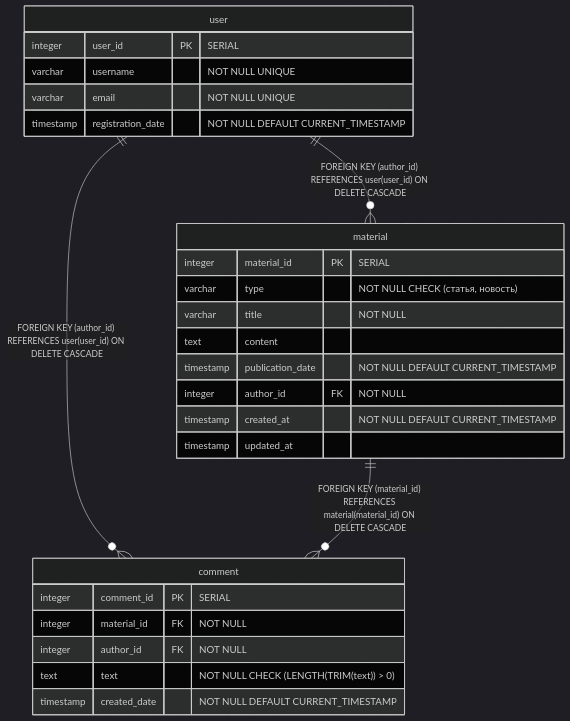
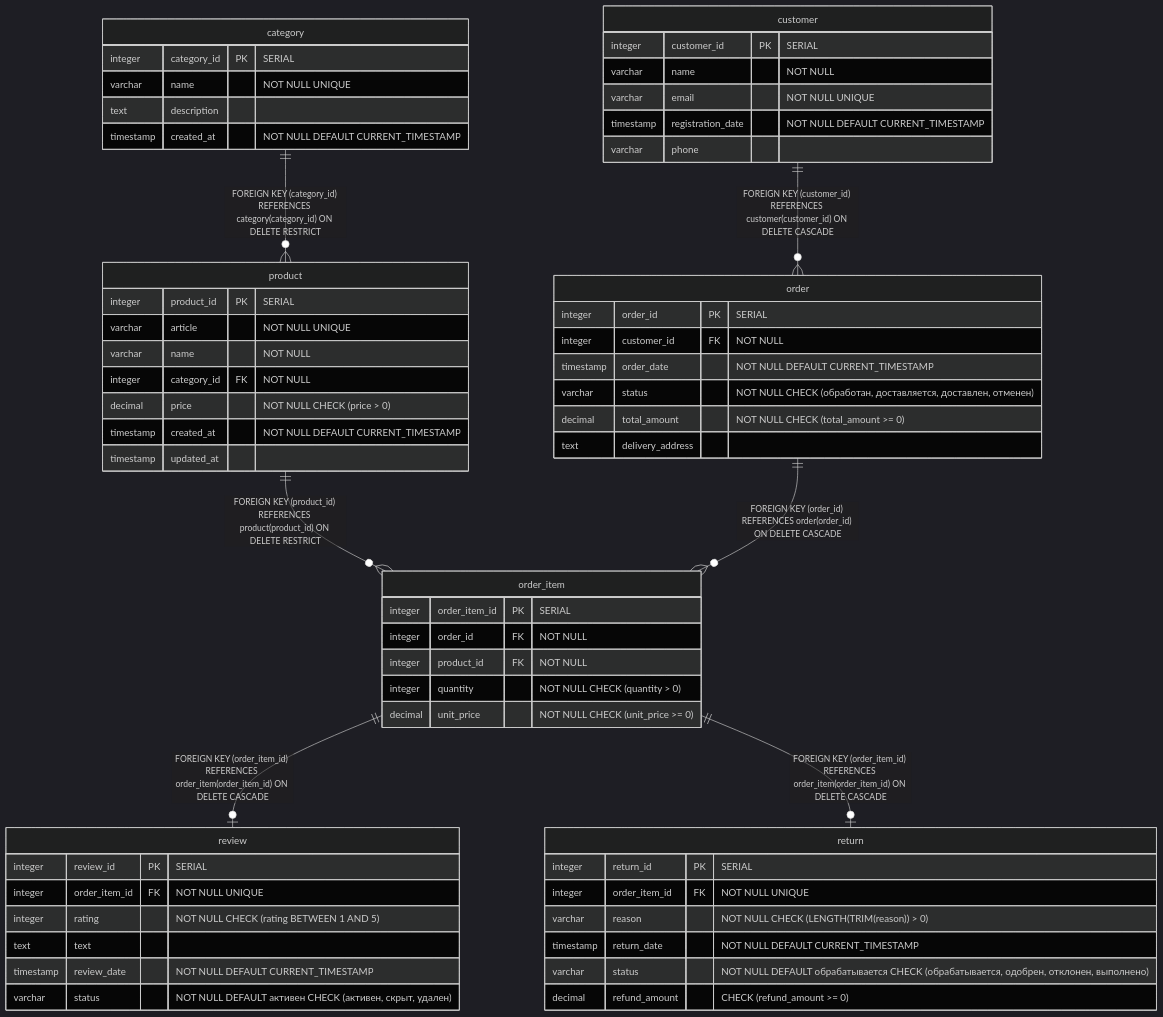
One commit to Vladislav0-hub/Lab-Database changed the third of 3 diagrams in README.md. Above: the diagram before and after it, drawn with Mermaid (dark theme). The commit also changed other lines of this file, not shown here.

````diff
--- a/README.md
+++ b/README.md
@@ -292,32 +489,69 @@
 ```mermaid
 erDiagram
-    user {
-        integer user_id PK "SERIAL"
-        varchar username "NOT NULL UNIQUE"
-        varchar email "NOT NULL UNIQUE"
-        timestamp registration_date "NOT NULL DEFAULT CURRENT_TIMESTAMP"
+    category {
+        integer category_id PK "SERIAL"
+        varchar name "NOT NULL UNIQUE"
+        text description
+        timestamp created_at "NOT NULL DEFAULT CURRENT_TIMESTAMP"
     }
     
-    material {
-        integer material_id PK "SERIAL"
-        varchar type "NOT NULL CHECK (статья, новость)"
-        varchar title "NOT NULL"
-        text content
-        timestamp publication_date "NOT NULL DEFAULT CURRENT_TIMESTAMP"
-        integer author_id FK "NOT NULL"
+    product {
+        integer product_id PK "SERIAL"
+        varchar article "NOT NULL UNIQUE"
+        varchar name "NOT NULL"
+        integer category_id FK "NOT NULL"
+        decimal price "NOT NULL CHECK (price > 0)"
         timestamp created_at "NOT NULL DEFAULT CURRENT_TIMESTAMP"
         timestamp updated_at
     }
     
-    comment {
-        integer comment_id PK "SERIAL"
-        integer material_id FK "NOT NULL"
-        integer author_id FK "NOT NULL"
-        text text "NOT NULL CHECK (LENGTH(TRIM(text)) > 0)"
-        timestamp created_date "NOT NULL DEFAULT CURRENT_TIMESTAMP"
+    customer {
+        integer customer_id PK "SERIAL"
+        varchar name "NOT NULL"
+        varchar email "NOT NULL UNIQUE"
+        timestamp registration_date "NOT NULL DEFAULT CURRENT_TIMESTAMP"
+        varchar phone
     }
     
-    user ||--o{ material : "FOREIGN KEY (author_id) REFERENCES user(user_id) ON DELETE CASCADE"
-    user ||--o{ comment : "FOREIGN KEY (author_id) REFERENCES user(user_id) ON DELETE CASCADE"
-    material ||--o{ comment : "FOREIGN KEY (material_id) REFERENCES material(material_id) ON DELETE CASCADE"
+    order {
+        integer order_id PK "SERIAL"
+        integer customer_id FK "NOT NULL"
+        timestamp order_date "NOT NULL DEFAULT CURRENT_TIMESTAMP"
+        varchar status "NOT NULL CHECK (обработан, доставляется, доставлен, отменен)"
+        decimal total_amount "NOT NULL CHECK (total_amount >= 0)"
+        text delivery_address
+    }
+    
+    order_item {
+        integer order_item_id PK "SERIAL"
+        integer order_id FK "NOT NULL"
+        integer product_id FK "NOT NULL"
+        integer quantity "NOT NULL CHECK (quantity > 0)"
+        decimal unit_price "NOT NULL CHECK (unit_price >= 0)"
+    }
+    
+    review {
+        integer review_id PK "SERIAL"
+        integer order_item_id FK "NOT NULL UNIQUE"
+        integer rating "NOT NULL CHECK (rating BETWEEN 1 AND 5)"
+        text text
+        timestamp review_date "NOT NULL DEFAULT CURRENT_TIMESTAMP"
+        varchar status "NOT NULL DEFAULT активен CHECK (активен, скрыт, удален)"
+    }
+    
+    return {
+        integer return_id PK "SERIAL"
+        integer order_item_id FK "NOT NULL UNIQUE"
+        varchar reason "NOT NULL CHECK (LENGTH(TRIM(reason)) > 0)"
+        timestamp return_date "NOT NULL DEFAULT CURRENT_TIMESTAMP"
+        varchar status "NOT NULL DEFAULT обрабатывается CHECK (обрабатывается, одобрен, отклонен, выполнено)"
+        decimal refund_amount "CHECK (refund_amount >= 0)"
+    }
+    
+    category ||--o{ product : "FOREIGN KEY (category_id) REFERENCES category(category_id) ON DELETE RESTRICT"
+    product ||--o{ order_item : "FOREIGN KEY (product_id) REFERENCES product(product_id) ON DELETE RESTRICT"
+    customer ||--o{ order : "FOREIGN KEY (customer_id) REFERENCES customer(customer_id) ON DELETE CASCADE"
+    order ||--o{ order_item : "FOREIGN KEY (order_id) REFERENCES order(order_id) ON DELETE CASCADE"
+    order_item ||--o| review : "FOREIGN KEY (order_item_id) REFERENCES order_item(order_item_id) ON DELETE CASCADE"
+    order_item ||--o| return : "FOREIGN KEY (order_item_id) REFERENCES order_item(order_item_id) ON DELETE CASCADE"
 ```
````
